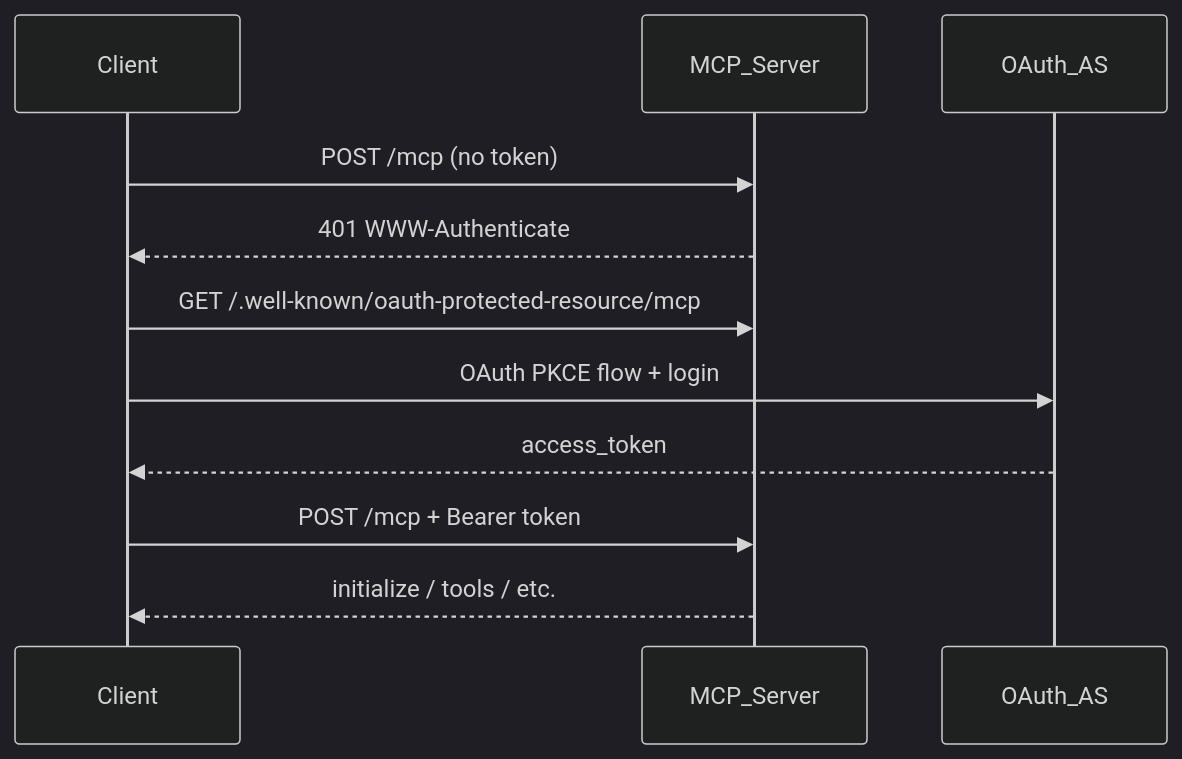
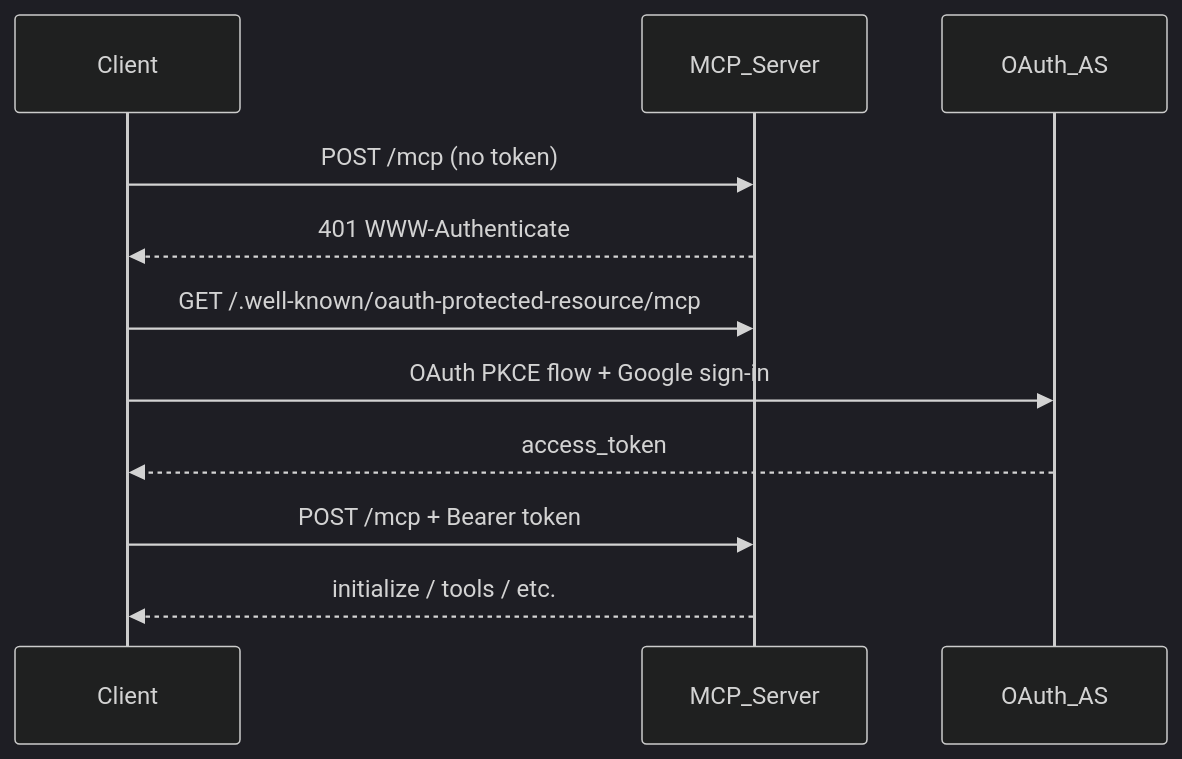
Before and after one commit to paval-shlyk/quasi-bots: the diagram in mcp/README.md, drawn with Mermaid (dark theme). The commit also changed other lines of this file and 15 other files, not shown here.

````diff
--- a/mcp/README.md
+++ b/mcp/README.md
@@ -120,14 +141,14 @@
 ```mermaid
 sequenceDiagram
     participant Client
     participant Server as MCP_Server
     participant OAuth as OAuth_AS
 
     Client->>Server: POST /mcp (no token)
     Server-->>Client: 401 WWW-Authenticate
     Client->>Server: GET /.well-known/oauth-protected-resource/mcp
-    Client->>OAuth: OAuth PKCE flow + login
+    Client->>OAuth: OAuth PKCE flow + Google sign-in
     OAuth-->>Client: access_token
     Client->>Server: POST /mcp + Bearer token
     Server-->>Client: initialize / tools / etc.
 ```
````
